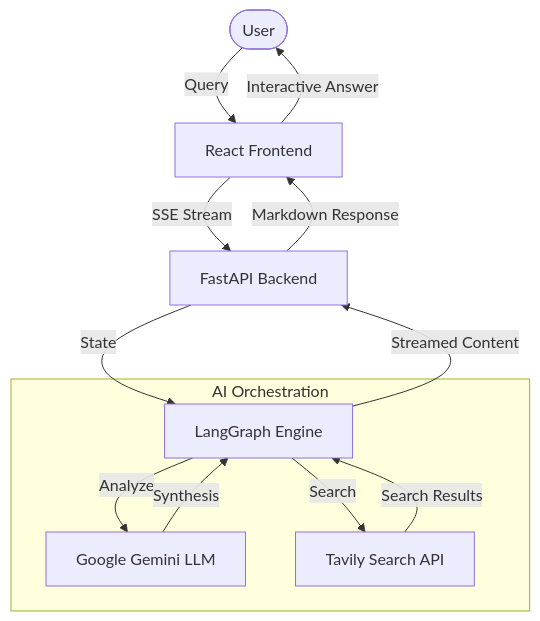
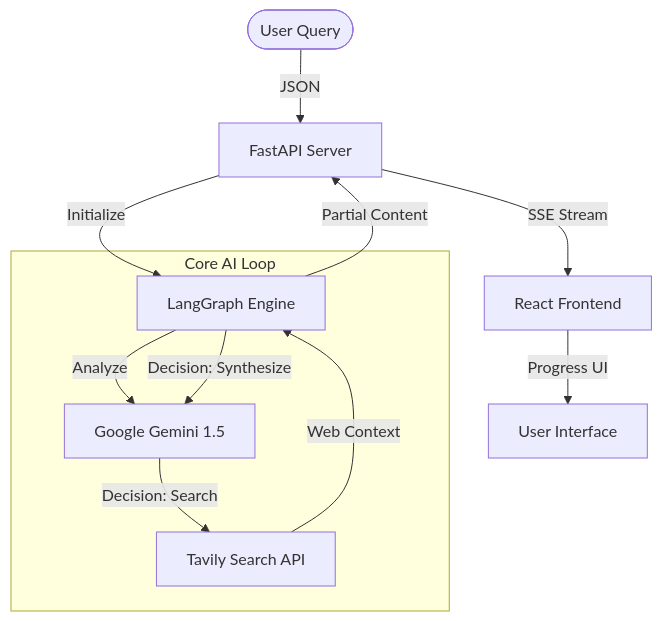
One commit to vinodhan07/Chat_bot-Using-LangGraph changed the diagram in README.md. Above: the diagram before and after it, drawn with Mermaid. The commit also changed other lines of this file, not shown here.

Commit message:
docs: overhaul README with updated architecture, feature list, and setup instructions

````diff
--- a/README.md
+++ b/README.md
@@ -35,17 +33,16 @@
 ```mermaid
 graph TD
-    User([User]) -->|Query| React[React Frontend]
-    React -->|SSE Stream| FastAPI[FastAPI Backend]
-    FastAPI -->|State| LangGraph[LangGraph Engine]
+    User([User Query]) -->|JSON| API[FastAPI Server]
+    API -->|Initialize| LG[LangGraph Engine]
     
-    subgraph AI Orchestration
-        LangGraph -->|Analyze| Gemini[Google Gemini LLM]
-        LangGraph -->|Search| Tavily[Tavily Search API]
-        Tavily -->|Search Results| LangGraph
-        Gemini -->|Synthesis| LangGraph
+    subgraph "Core AI Loop"
+        LG -->|Analyze| Gemini[Google Gemini 1.5]
+        Gemini -->|Decision: Search| Tavily[Tavily Search API]
+        Tavily -->|Web Context| LG
+        LG -->|Decision: Synthesize| Gemini
     end
     
-    LangGraph -->|Streamed Content| FastAPI
-    FastAPI -->|Markdown Response| React
-    React -->|Interactive Answer| User
+    LG -->|Partial Content| API
+    API -->|SSE Stream| React[React Frontend]
+    React -->|Progress UI| Results[User Interface]
 ```
````
